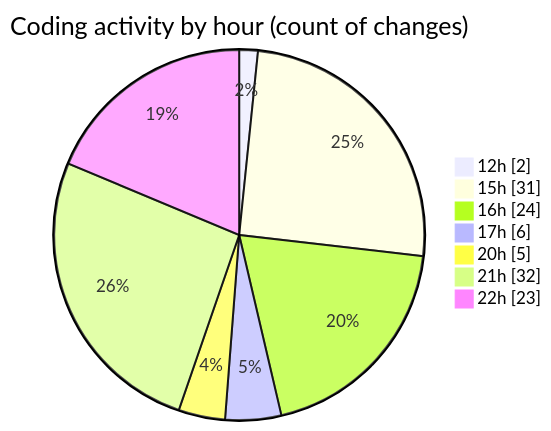
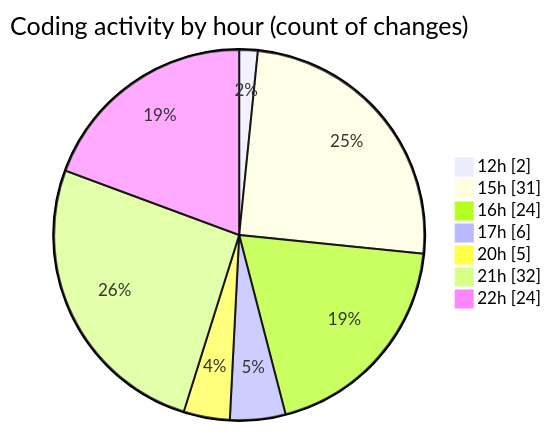
Before and after one commit to momahboobian/code-tracking: the second of 2 diagrams in 2025-02-26/cda/README.md, drawn with Mermaid. The commit also changed other lines of this file and 1 other file, not shown here.

````diff
--- a/2025-02-26/cda/README.md
+++ b/2025-02-26/cda/README.md
@@ -48,11 +48,11 @@
 ```mermaid
 pie showData
 title Coding activity by hour (count of changes)
 "12h" : 2
 "15h" : 31
 "16h" : 24
 "17h" : 6
 "20h" : 5
 "21h" : 32
-"22h" : 23
+"22h" : 24
 ```
````
